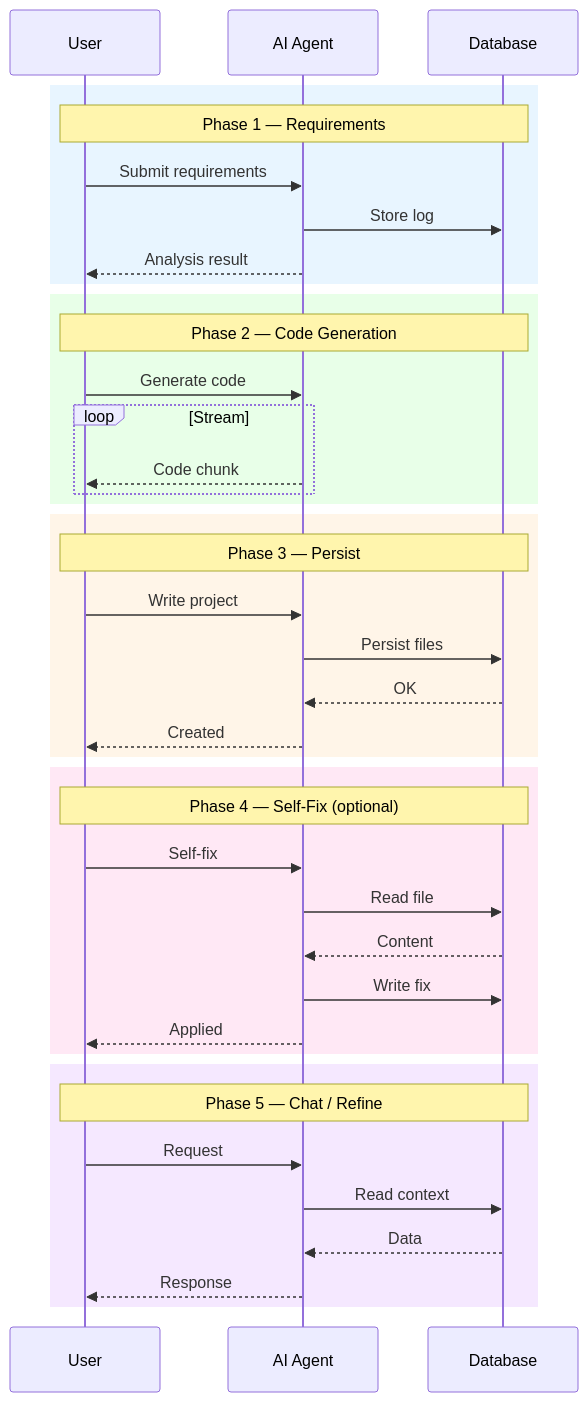
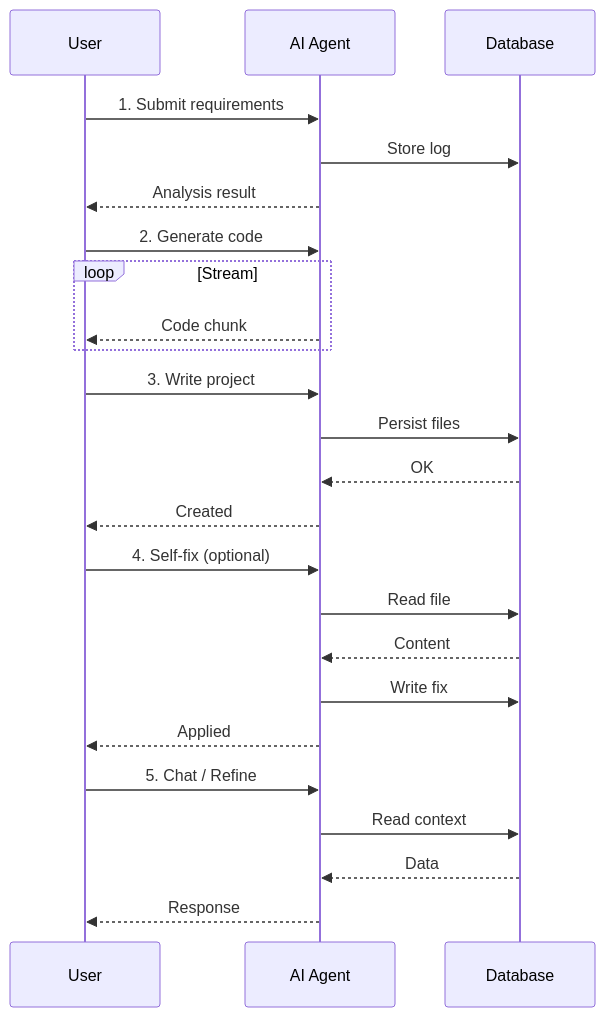
The second of 5 diagrams in docs/SASDS_COMPREHENSIVE_ARCHITECTURE.md (sathvik-123547/SASDS-AI-Automation), drawn with Mermaid before and after one commit. The commit also changed other lines of this file, not shown here.

Commit message:
docs: simplify sequence diagram, horizontal class diagram
- Sequence: remove colors, add step numbers (1-5)
- Class: add direction LR for horizontal layout

Made-with: Cursor

````diff
--- a/docs/SASDS_COMPREHENSIVE_ARCHITECTURE.md
+++ b/docs/SASDS_COMPREHENSIVE_ARCHITECTURE.md
@@ -133,46 +133,31 @@
 ```mermaid
 sequenceDiagram
     participant U as User
     participant AI as AI Agent
     participant DB as Database
 
-    rect rgb(232, 245, 255)
-        Note over U,DB: Phase 1 — Requirements
-        U->>AI: Submit requirements
-        AI->>DB: Store log
-        AI-->>U: Analysis result
+    U->>AI: 1. Submit requirements
+    AI->>DB: Store log
+    AI-->>U: Analysis result
+
+    U->>AI: 2. Generate code
+    loop Stream
+        AI-->>U: Code chunk
     end
 
-    rect rgb(232, 255, 232)
-        Note over U,DB: Phase 2 — Code Generation
-        U->>AI: Generate code
-        loop Stream
-            AI-->>U: Code chunk
-        end
-    end
+    U->>AI: 3. Write project
+    AI->>DB: Persist files
+    DB-->>AI: OK
+    AI-->>U: Created
 
-    rect rgb(255, 245, 232)
-        Note over U,DB: Phase 3 — Persist
-        U->>AI: Write project
-        AI->>DB: Persist files
-        DB-->>AI: OK
-        AI-->>U: Created
-    end
+    U->>AI: 4. Self-fix (optional)
+    AI->>DB: Read file
+    DB-->>AI: Content
+    AI->>DB: Write fix
+    AI-->>U: Applied
 
-    rect rgb(255, 232, 245)
-        Note over U,DB: Phase 4 — Self-Fix (optional)
-        U->>AI: Self-fix
-        AI->>DB: Read file
-        DB-->>AI: Content
-        AI->>DB: Write fix
-        AI-->>U: Applied
-    end
-
-    rect rgb(245, 232, 255)
-        Note over U,DB: Phase 5 — Chat / Refine
-        U->>AI: Request
-        AI->>DB: Read context
-        DB-->>AI: Data
-        AI-->>U: Response
-    end
+    U->>AI: 5. Chat / Refine
+    AI->>DB: Read context
+    DB-->>AI: Data
+    AI-->>U: Response
 ```
````
